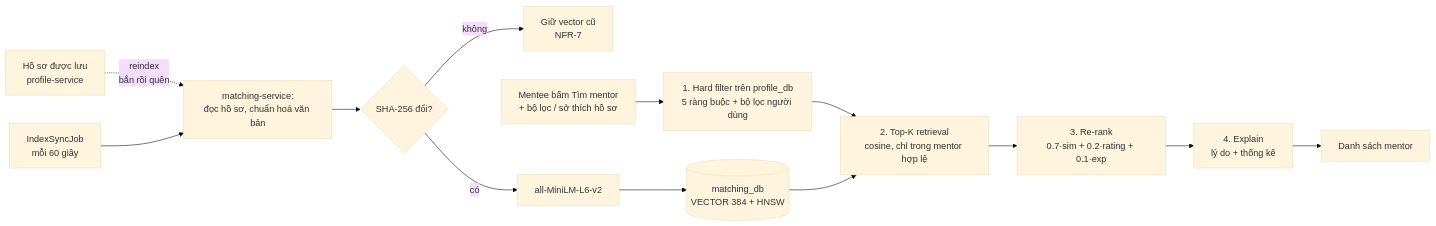
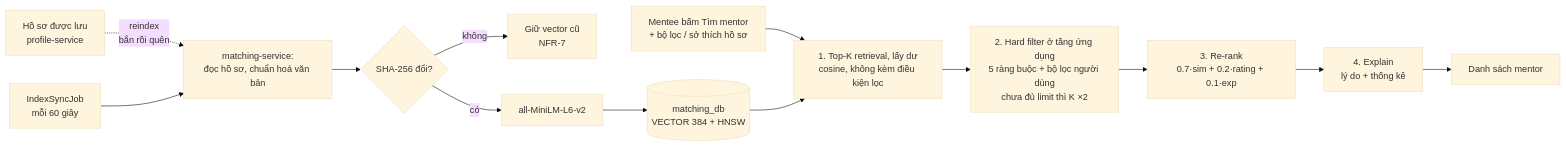
One commit to quangpham10212004/do_an_2026 changed the second of 5 diagrams in docs/ai-features.md. Above: the diagram before and after it, drawn with Mermaid (base theme). The commit also changed other lines of this file and 5 other files, not shown here.

First line of the commit message:
feat(matching): over-fetch top-K from ANN and apply hard filters at app layer

````diff
--- a/docs/ai-features.md
+++ b/docs/ai-features.md
@@ -68,16 +68,16 @@
 ```mermaid
 flowchart LR
     P[Hồ sơ được lưu<br/>profile-service] -. "reindex<br/>bắn rồi quên" .-> N
     JOB[IndexSyncJob<br/>mỗi 60 giây] --> N[matching-service:<br/>đọc hồ sơ, chuẩn hoá văn bản]
     N --> H{SHA-256 đổi?}
     H -- không --> SKIP[Giữ vector cũ<br/>NFR-7]
     H -- có --> E[all-MiniLM-L6-v2]
     E --> V[(matching_db<br/>VECTOR 384 + HNSW)]
 
-    Q[Mentee bấm Tìm mentor<br/>+ bộ lọc / sở thích hồ sơ] --> R2[1. Hard filter trên profile_db<br/>5 ràng buộc + bộ lọc người dùng]
-    R2 --> R1[2. Top-K retrieval<br/>cosine, chỉ trong mentor hợp lệ]
+    Q[Mentee bấm Tìm mentor<br/>+ bộ lọc / sở thích hồ sơ] --> R1[1. Top-K retrieval, lấy dư<br/>cosine, không kèm điều kiện lọc]
     V --> R1
-    R1 --> R3[3. Re-rank<br/>0.7·sim + 0.2·rating + 0.1·exp]
+    R1 --> R2[2. Hard filter ở tầng ứng dụng<br/>5 ràng buộc + bộ lọc người dùng<br/>chưa đủ limit thì K ×2]
+    R2 --> R3[3. Re-rank<br/>0.7·sim + 0.2·rating + 0.1·exp]
     R3 --> R4[4. Explain<br/>lý do + thống kê]
     R4 --> OUT[Danh sách mentor]
 ```
````
